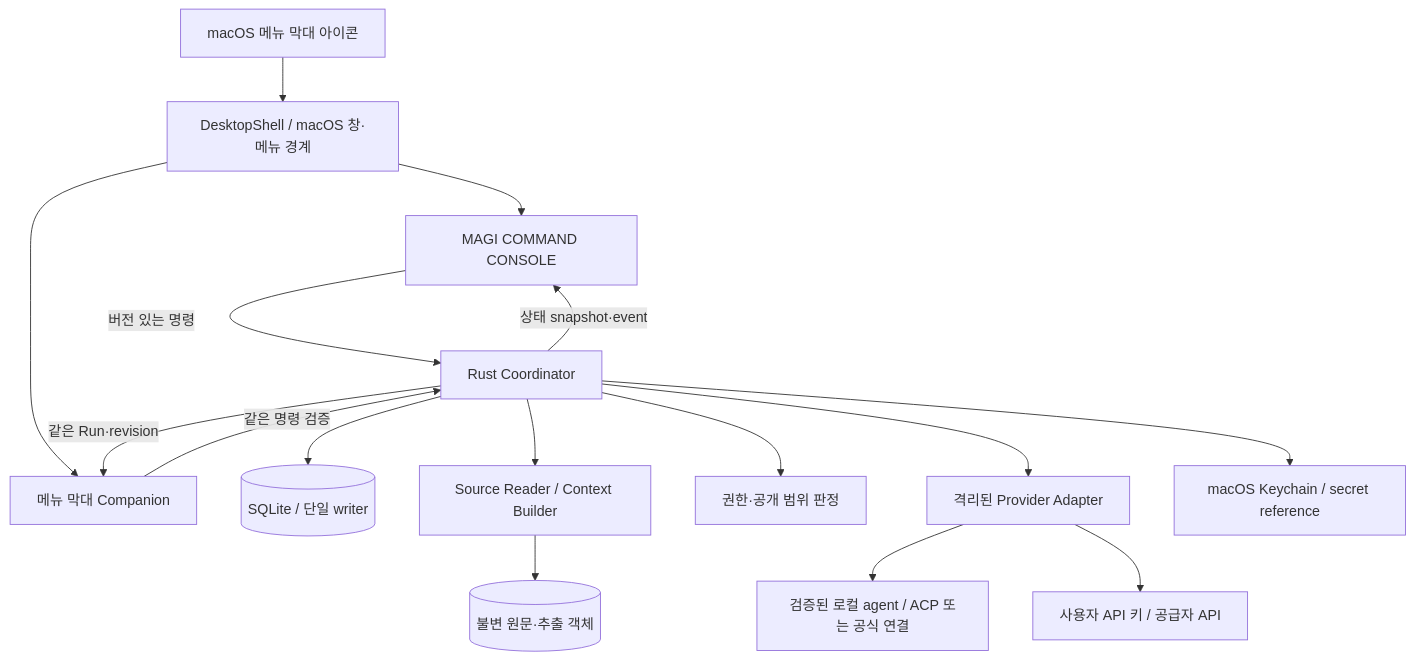
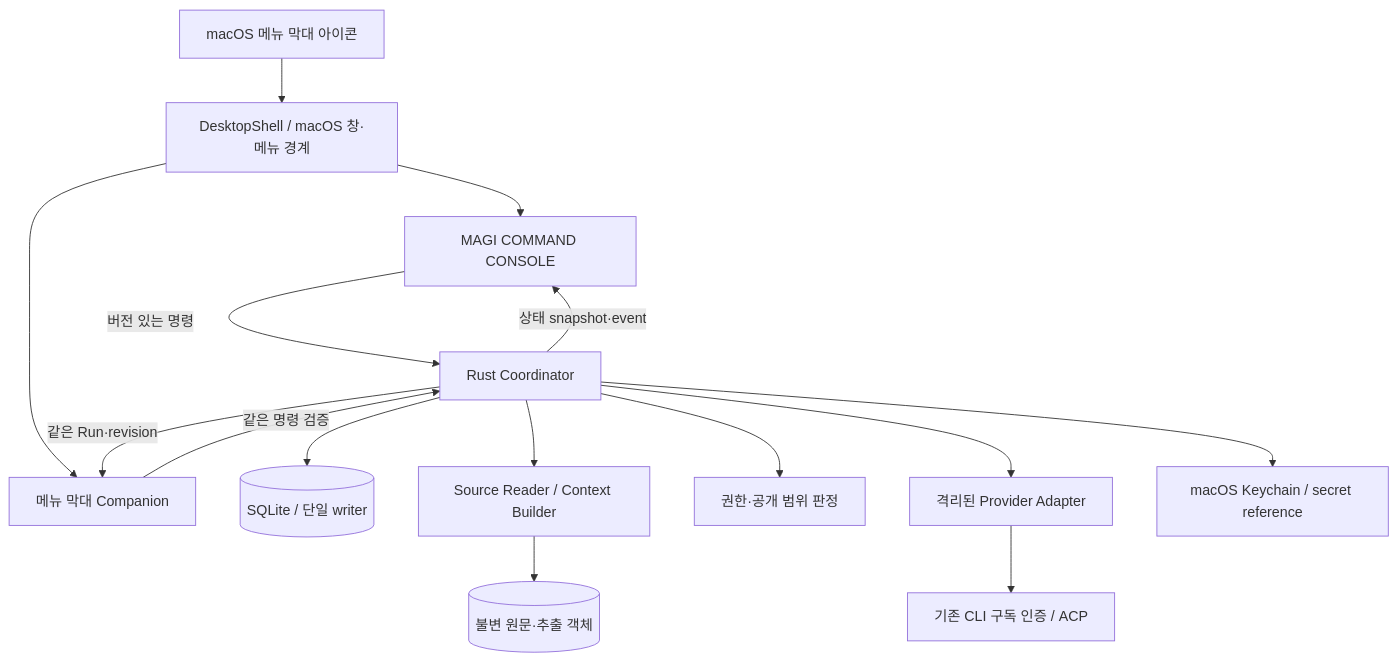
One commit to Seungwoo321/oh-my-magi changed the diagram in docs/ARCHITECTURE.md. Above: the diagram before and after it, drawn with Mermaid. The commit also changed other lines of this file and 89 other files, not shown here.

````diff
--- a/docs/ARCHITECTURE.md
+++ b/docs/ARCHITECTURE.md
@@ -9,18 +9,17 @@
 ```mermaid
 flowchart TB
   TRAY["macOS 메뉴 막대 아이콘"] --> SHELL["DesktopShell / macOS 창·메뉴 경계"]
   SHELL --> UI
   SHELL --> COMPANION["메뉴 막대 Companion"]
   UI["MAGI COMMAND CONSOLE"] -->|버전 있는 명령| CORE["Rust Coordinator"]
   COMPANION -->|같은 명령 검증| CORE
   CORE -->|상태 snapshot·event| UI
   CORE -->|같은 Run·revision| COMPANION
   CORE --> DB[("SQLite / 단일 writer")]
   CORE --> FILE["Source Reader / Context Builder"]
   FILE --> OBJECT[("불변 원문·추출 객체")]
   CORE --> POLICY["권한·공개 범위 판정"]
   CORE --> ADAPTER["격리된 Provider Adapter"]
-  ADAPTER --> ACP["검증된 로컬 agent / ACP 또는 공식 연결"]
-  ADAPTER --> API["사용자 API 키 / 공급자 API"]
+  ADAPTER --> ACP["기존 CLI 구독 인증 / ACP"]
   CORE --> KEY["macOS Keychain / secret reference"]
 ```
````
